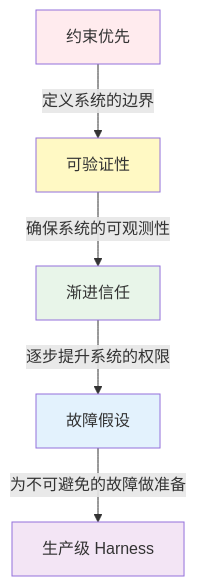
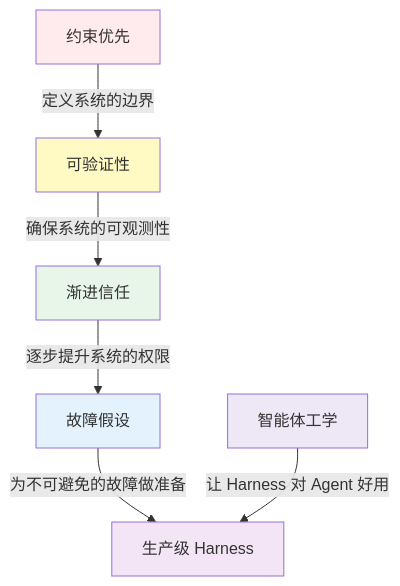
One commit to yeasy/harness_engineering_guide changed the first of 3 diagrams in 03_principles/summary.md. Above: the diagram before and after it, drawn with Mermaid. The commit also changed other lines of this file and 3 other files, not shown here.

Commit message:
统一第三章为五大设计原则：将 3.5 智能体工学纳入框架图/职责表/检查清单/全书引用

````diff
--- a/03_principles/summary.md
+++ b/03_principles/summary.md
@@ -9,13 +9,15 @@
 ```mermaid
 graph TD
     A["约束优先"] -->|定义系统的边界| B["可验证性"]
     B -->|确保系统的可观测性| C["渐进信任"]
     C -->|逐步提升系统的权限| D["故障假设"]
     D -->|为不可避免的故障做准备| E["生产级 Harness"]
+    F["智能体工学"] -->|让 Harness 对 Agent 好用| E
 
     style A fill:#ffebee
     style B fill:#fff9c4
     style C fill:#e8f5e9
     style D fill:#e3f2fd
+    style F fill:#ede7f6
     style E fill:#f3e5f5
 ```
````
